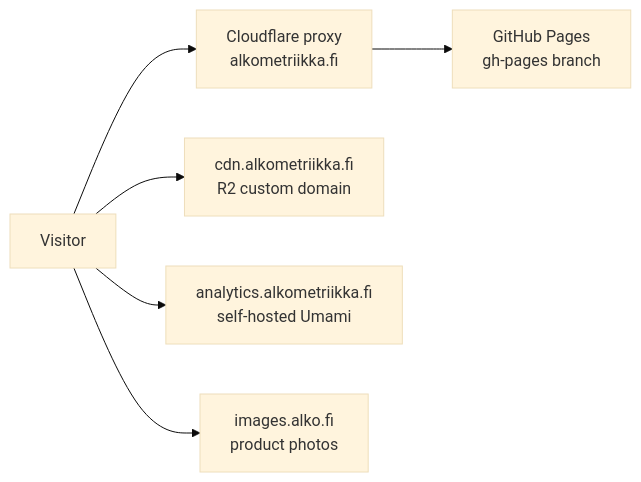
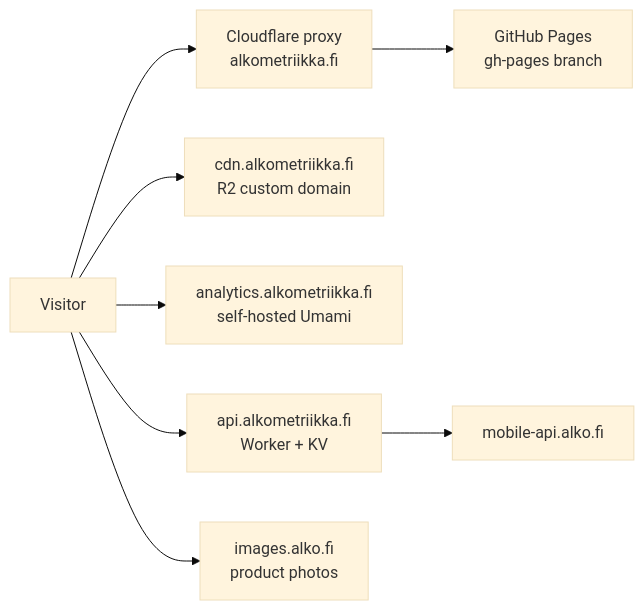
Before and after one commit to leevilaukka/alkometriikka: the second of 2 diagrams in docs/architecture.md, drawn with Mermaid (base theme). The commit also changed other lines of this file and 7 other files, not shown here.

Commit message:
feat(api): add api.alkometriikka.fi Worker for barcode lookups

````diff
--- a/docs/architecture.md
+++ b/docs/architecture.md
@@ -67,8 +68,9 @@
 ```mermaid
 flowchart LR
     U[Visitor] --> CF[Cloudflare proxy<br/>alkometriikka.fi]
     CF --> GH[GitHub Pages<br/>gh-pages branch]
     U --> CDN[cdn.alkometriikka.fi<br/>R2 custom domain]
     U --> A[analytics.alkometriikka.fi<br/>self-hosted Umami]
+    U --> API[api.alkometriikka.fi<br/>Worker + KV] --> MA[mobile-api.alko.fi]
     U --> IMG[images.alko.fi<br/>product photos]
 ```
````
